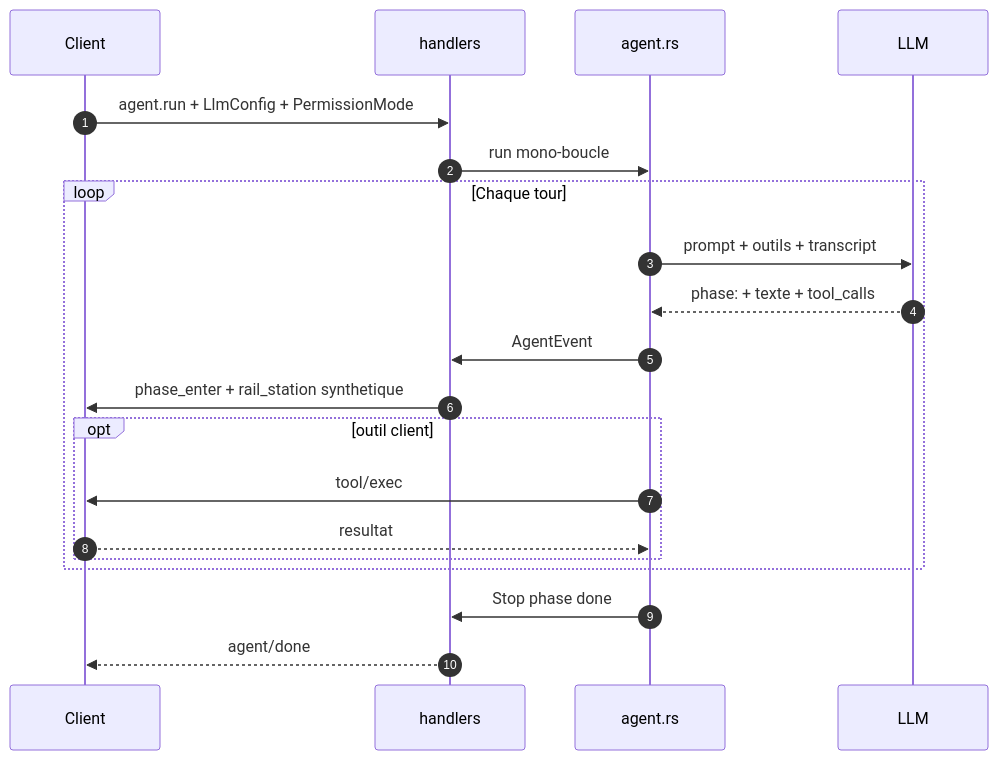
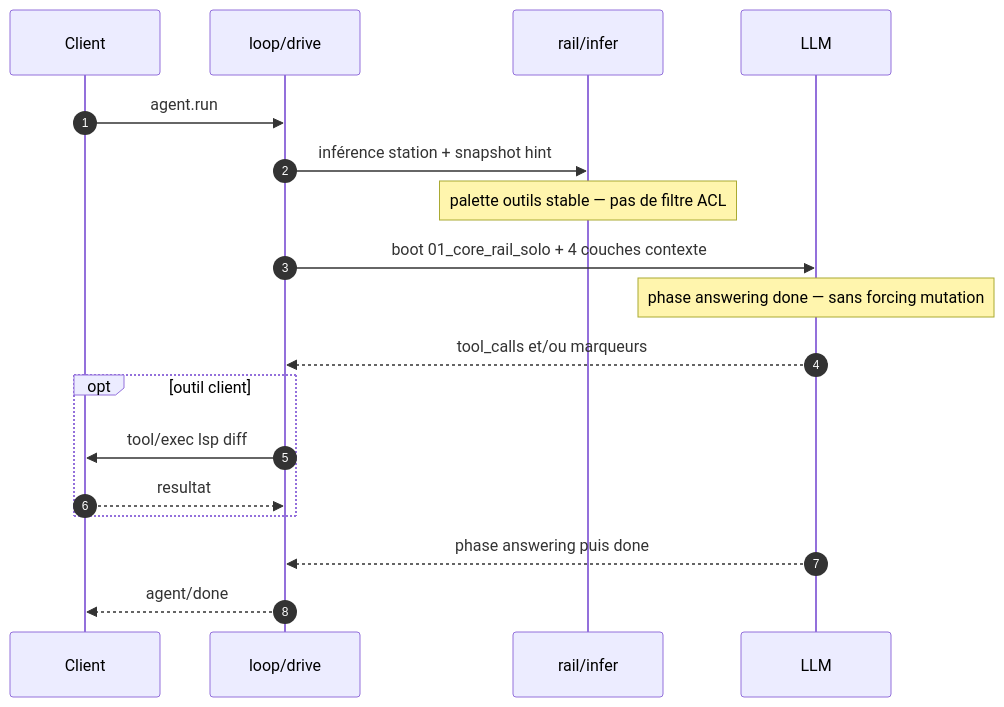
The seventh of 7 diagrams in README.md (DroxKiwi/Drox---IDE), drawn with Mermaid before and after one commit. The commit also changed other lines of this file and 32 other files, not shown here.

````diff
--- a/README.md
+++ b/README.md
@@ -331,23 +219,21 @@
 ```mermaid
 sequenceDiagram
   autonumber
   participant IDE as Client
-  participant SH as handlers
-  participant AG as agent.rs
+  participant DRV as loop/drive
+  participant RAIL as rail/infer
   participant LLM as LLM
 
-  IDE->>SH: agent.run + LlmConfig + PermissionMode
-  SH->>AG: run mono-boucle
-  loop Chaque tour
-    AG->>LLM: prompt + outils + transcript
-    LLM-->>AG: phase: + texte + tool_calls
-    AG->>SH: AgentEvent
-    SH->>IDE: phase_enter + rail_station synthetique
-    opt outil client
-      AG->>IDE: tool/exec
-      IDE-->>AG: resultat
-    end
+  IDE->>DRV: agent.run
+  DRV->>RAIL: inférence station + snapshot hint
+  Note over RAIL: palette outils stable — pas de filtre ACL
+  DRV->>LLM: boot 01_core_rail_solo + 4 couches contexte
+  Note over LLM: phase answering done — sans forcing mutation
+  LLM-->>DRV: tool_calls et/ou marqueurs
+  opt outil client
+    DRV->>IDE: tool/exec lsp diff
+    IDE-->>DRV: resultat
   end
-  AG->>SH: Stop phase done
-  SH-->>IDE: agent/done
+  LLM-->>DRV: phase answering puis done
+  DRV-->>IDE: agent/done
 ```
````
